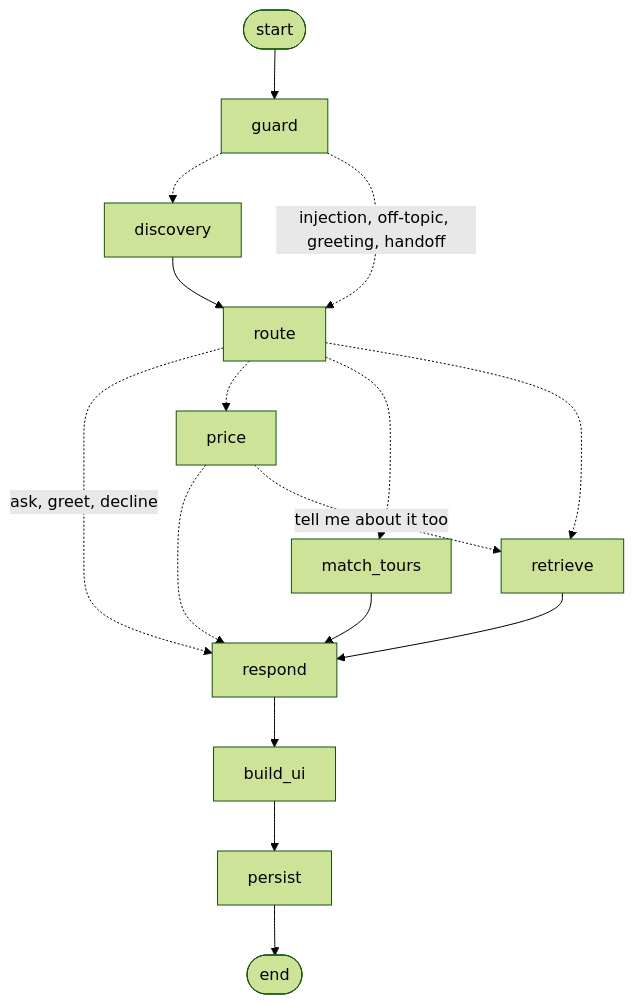
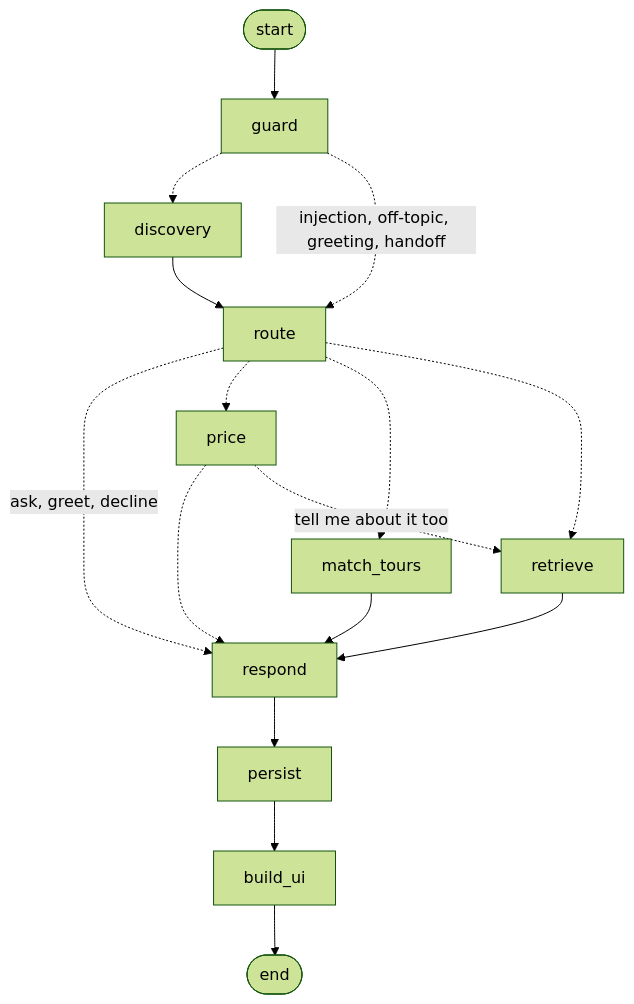
One commit to AnjanaIndrakeela/mira-travel-assistant changed the diagram in README.md. Above: the diagram before and after it, drawn with Mermaid (forest theme). The commit also changed other lines of this file and 20 other files, not shown here.

````diff
--- a/README.md
+++ b/README.md
@@ -111,18 +132,18 @@
 ```mermaid
 graph TD;
 	__start__([start]) --> guard;
 	guard -.-> discovery;
 	guard -.->|injection, off-topic, greeting, handoff| route;
 	discovery --> route;
 	route -.->|ask, greet, decline| respond;
 	route -.-> price;
 	route -.-> match_tours;
 	route -.-> retrieve;
 	price -.-> respond;
 	price -.->|"tell me about it too"| retrieve;
 	match_tours --> respond;
 	retrieve --> respond;
-	respond --> build_ui;
-	build_ui --> persist;
-	persist --> __end__([end]);
+	respond --> persist;
+	persist --> build_ui;
+	build_ui --> __end__([end]);
 ```
````
